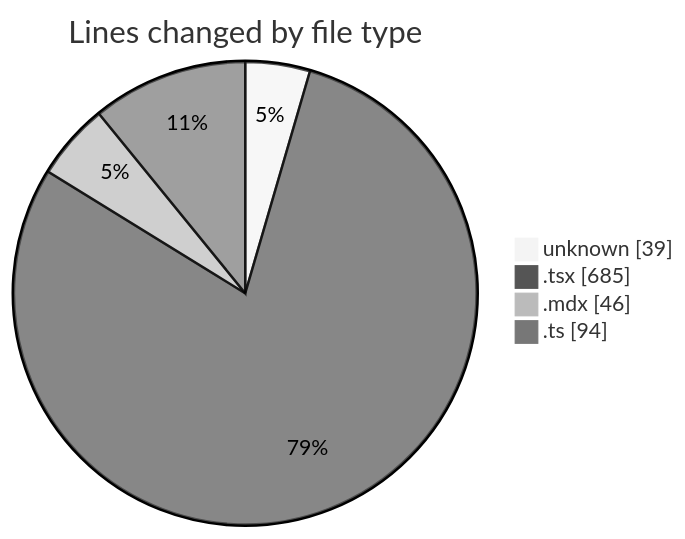
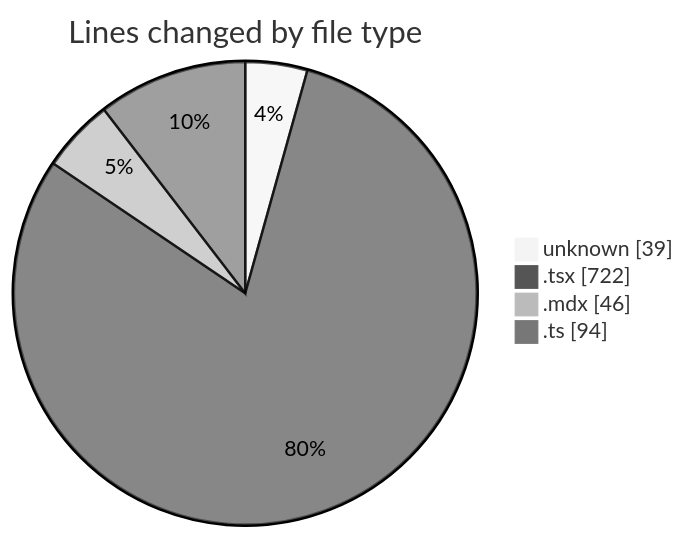
One commit to Elitesun/code-tracking changed the first of 2 diagrams in 2025-05-24/elitesun/README.md. Above: the diagram before and after it, drawn with Mermaid (neutral theme). The commit also changed other lines of this file and 1 other file, not shown here.

````diff
--- a/2025-05-24/elitesun/README.md
+++ b/2025-05-24/elitesun/README.md
@@ -30,8 +30,8 @@
 ```mermaid
 pie showData
 title Lines changed by file type
 "unknown" : 39
-".tsx" : 685
+".tsx" : 722
 ".mdx" : 46
 ".ts" : 94
 ```
````
